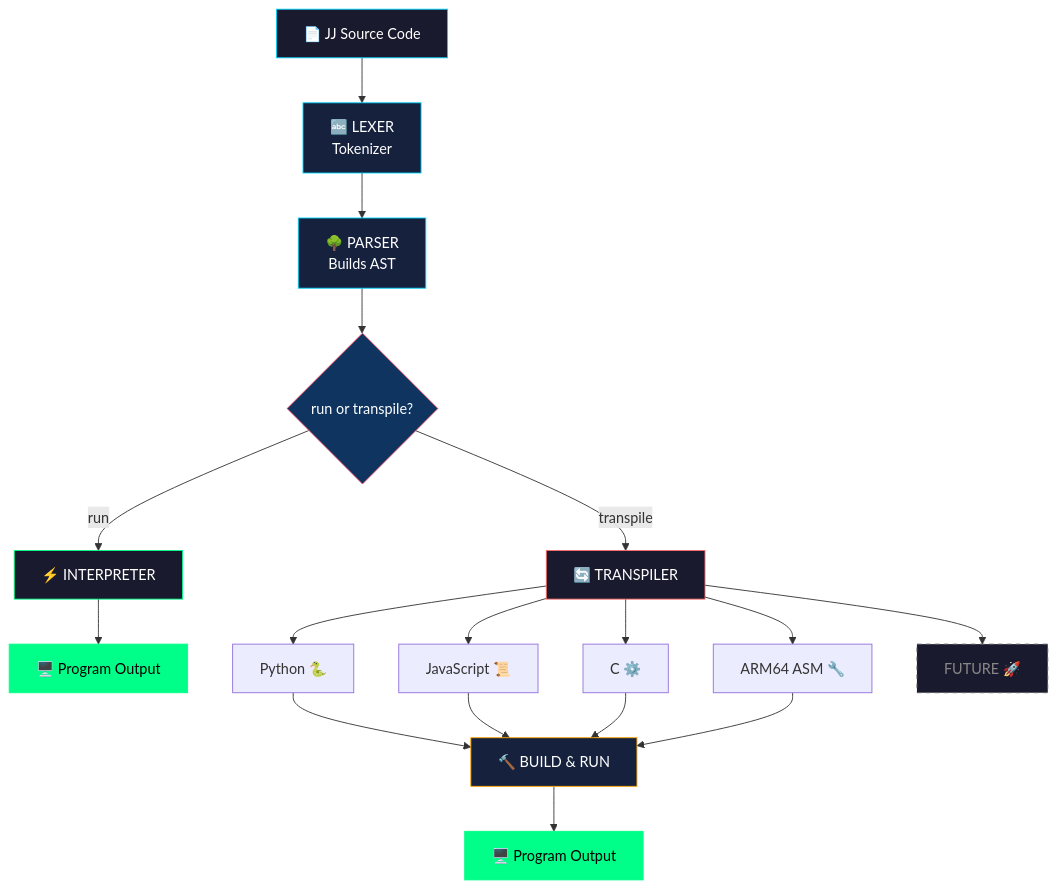
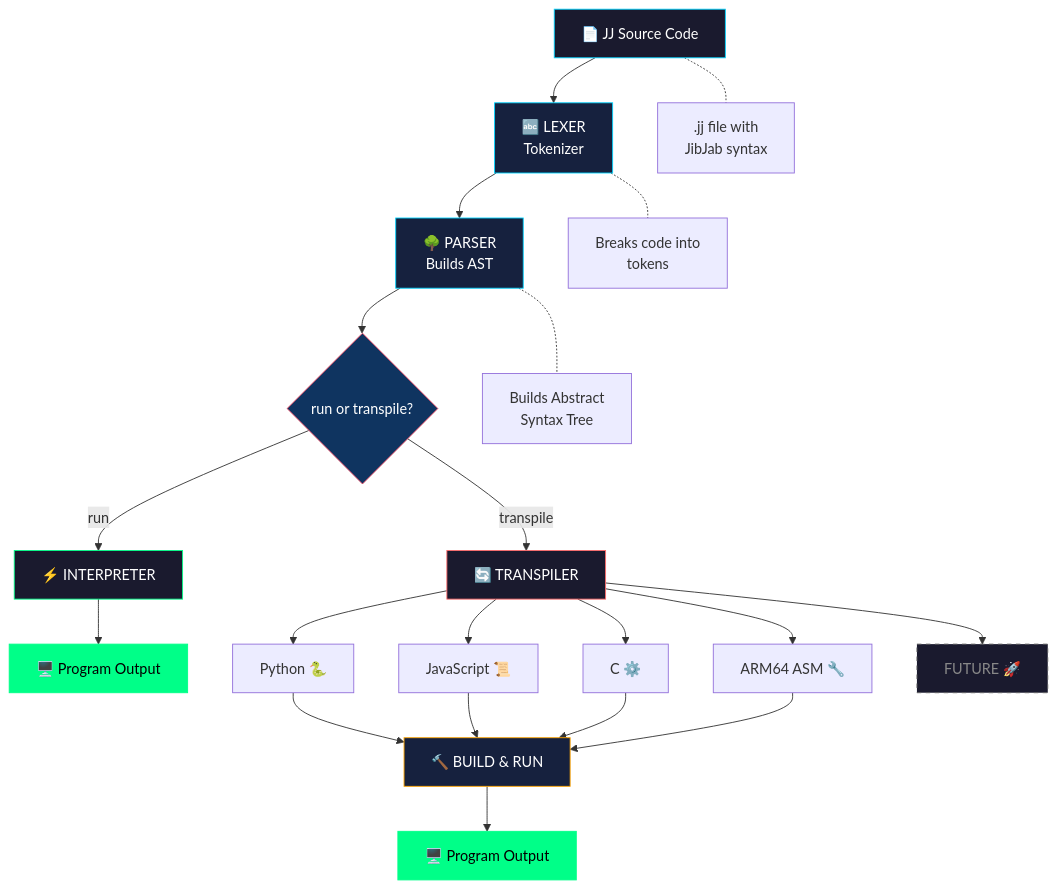
One commit to SuperBox64/JibberJabber changed the diagram in README.md. Above: the diagram before and after it, drawn with Mermaid.

Commit message:
Add callout annotations for Source Code, Lexer, and Parser

````diff
--- a/README.md
+++ b/README.md
@@ -350,34 +350,38 @@
 ```mermaid
 flowchart TD
     A[📄 JJ Source Code] --> B[🔤 LEXER<br>Tokenizer]
     B --> C[🌳 PARSER<br>Builds AST]
     C --> D{run or transpile?}
+
+    A -.- A1[".jj file with<br>JibJab syntax"]
+    B -.- B1["Breaks code into<br>tokens"]
+    C -.- C1["Builds Abstract<br>Syntax Tree"]
 
     D -->|run| E[⚡ INTERPRETER]
     E --> F[🖥️ Program Output]
 
     D -->|transpile| G[🔄 TRANSPILER]
     G --> H[Python 🐍]
     G --> I[JavaScript 📜]
     G --> J[C ⚙️]
     G --> K[ARM64 ASM 🔧]
     G --> L[FUTURE 🚀]
 
     H --> M[🔨 BUILD & RUN]
     I --> M
     J --> M
     K --> M
     M --> N[🖥️ Program Output]
 
     style L fill:#1a1a2e,stroke:#666,color:#888,stroke-dasharray: 5 5
     style M fill:#16213e,stroke:#ffa500,color:#fff
     style N fill:#00ff88,stroke:#00ff88,color:#000
 
     style A fill:#1a1a2e,stroke:#00d4ff,color:#fff
     style B fill:#16213e,stroke:#00d4ff,color:#fff
     style C fill:#16213e,stroke:#00d4ff,color:#fff
     style D fill:#0f3460,stroke:#e94560,color:#fff
     style E fill:#1a1a2e,stroke:#00ff88,color:#fff
     style F fill:#00ff88,stroke:#00ff88,color:#000
     style G fill:#1a1a2e,stroke:#ff6b6b,color:#fff
 ```
````
